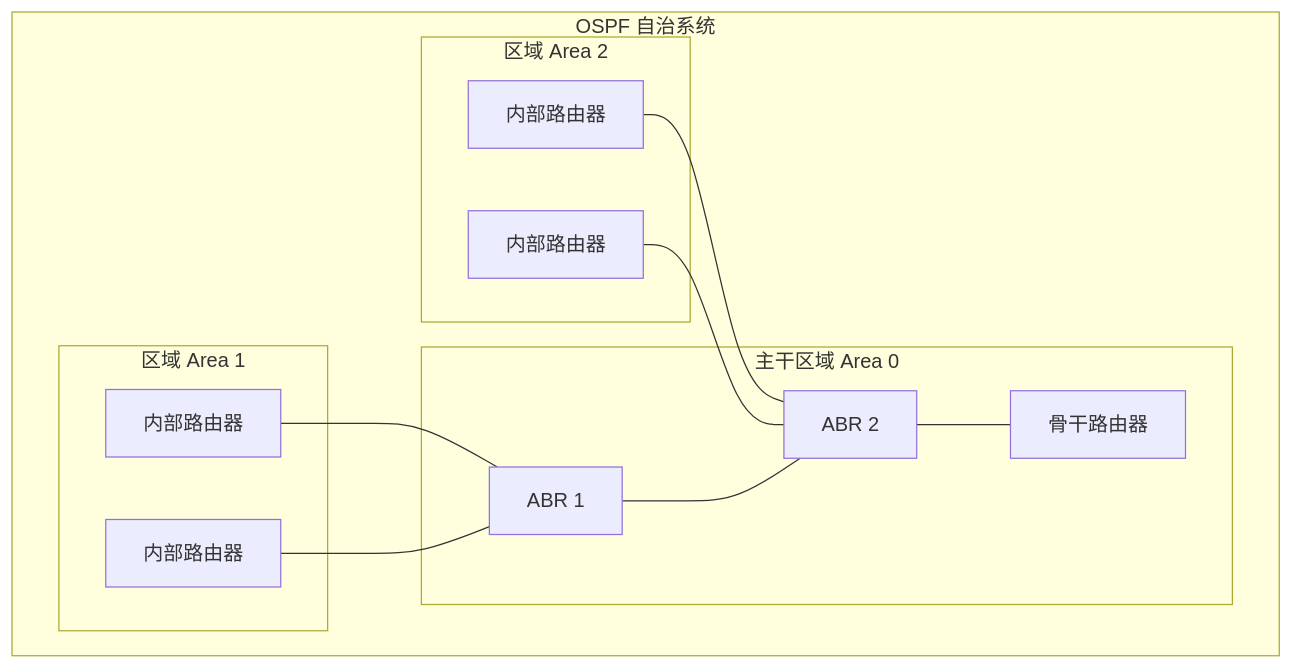
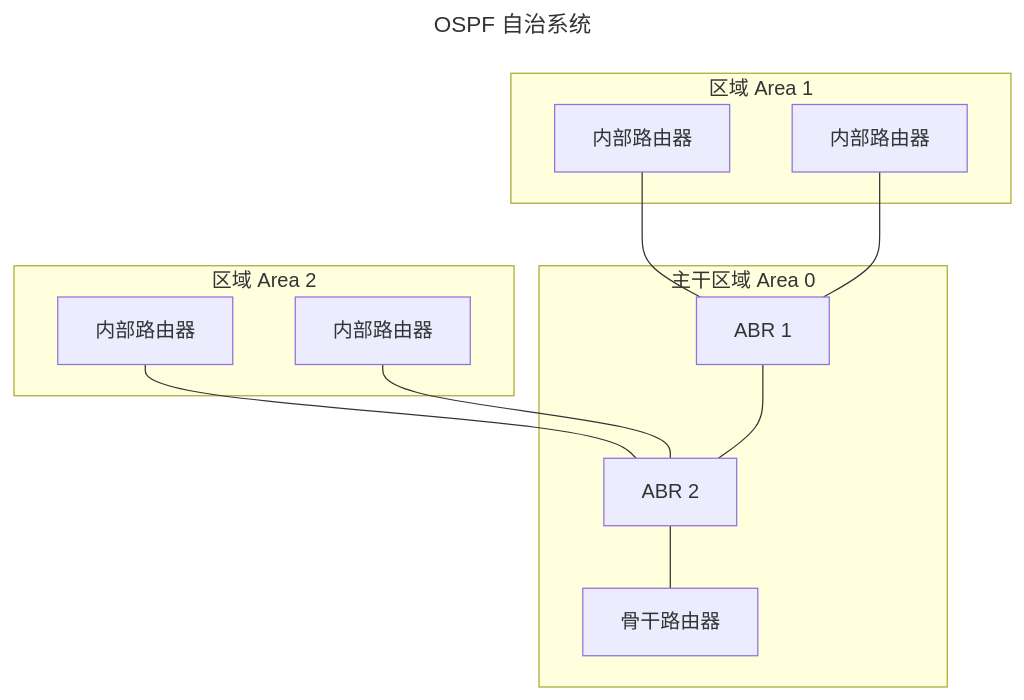
One commit to Meer-Matze/Meer-Matze.github.io changed the fourth of 11 diagrams in src/content/posts/网络层：控制平面.md. Above: the diagram before and after it, drawn with Mermaid. The commit also changed other lines of this file, not shown here.

````diff
--- a/src/content/posts/网络层：控制平面.md
+++ b/src/content/posts/网络层：控制平面.md
@@ -374,24 +321,25 @@
-```mermaid
-flowchart TB
-    subgraph AS["OSPF 自治系统"]
+    ```mermaid
+    ---
+    title: OSPF 自治系统
+    ---
+    flowchart TB
         subgraph Area0["主干区域 Area 0"]
             B1["ABR 1"]
             B2["ABR 2"]
             BR["骨干路由器"]
         end
         subgraph Area1["区域 Area 1"]
             R1["内部路由器"]
             R2["内部路由器"]
         end
         subgraph Area2["区域 Area 2"]
             R3["内部路由器"]
             R4["内部路由器"]
         end
-    end
-    R1 --- B1
-    R2 --- B1
-    R3 --- B2
-    R4 --- B2
-    B1 --- B2
-    B2 --- BR
-```
+        R1 --- B1
+        R2 --- B1
+        R3 --- B2
+        R4 --- B2
+        B1 --- B2
+        B2 --- BR
+    ```
````
